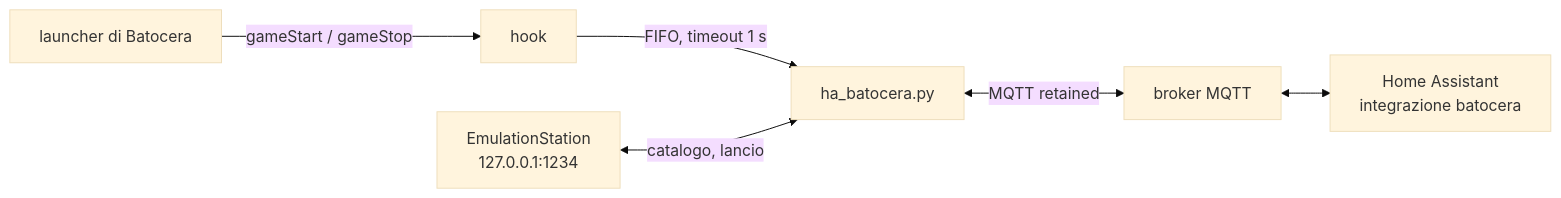
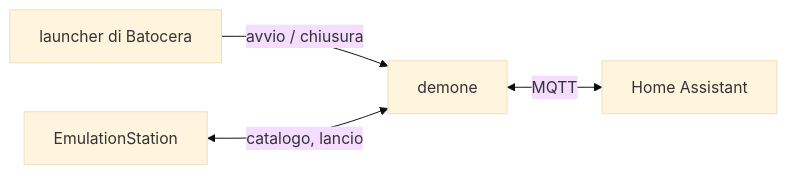
Before and after one commit to vjt/sindro.me: the diagram in content/posts/2026-11-15-batocera-in-home-assistant/index.it.md, drawn with Mermaid (base theme). The commit also changed other lines of this file and 1 other file, not shown here.

Commit message:
post(batocera): cut to a post, the details live in the README

````diff
--- a/content/posts/2026-11-15-batocera-in-home-assistant/index.it.md
+++ b/content/posts/2026-11-15-batocera-in-home-assistant/index.it.md
@@ -59,8 +39,6 @@
 ```mermaid
 graph LR
-    launcher[launcher di Batocera] -->|gameStart / gameStop| hook
-    hook -->|FIFO, timeout 1 s| daemon[ha_batocera.py]
-    es[EmulationStation<br/>127.0.0.1:1234] <-->|catalogo, lancio| daemon
-    daemon <-->|MQTT retained| broker[broker MQTT]
-    broker <--> ha[Home Assistant<br/>integrazione batocera]
+    launcher[launcher di Batocera] -->|avvio / chiusura| daemon[demone]
+    es[EmulationStation] <-->|catalogo, lancio| daemon
+    daemon <-->|MQTT| ha[Home Assistant]
 ```
````
